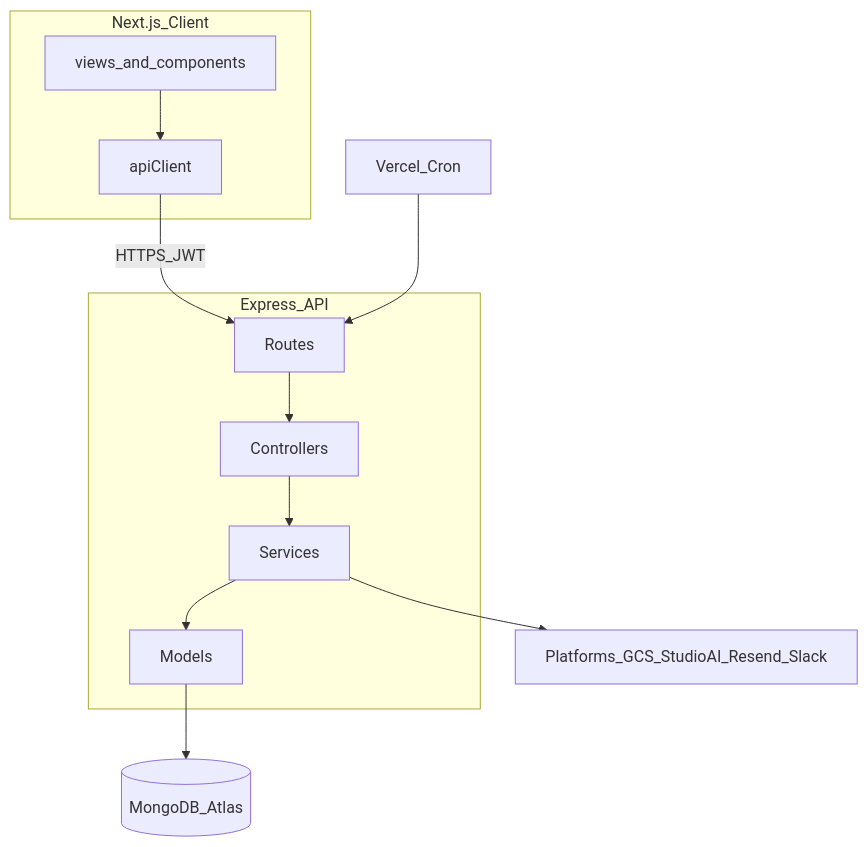
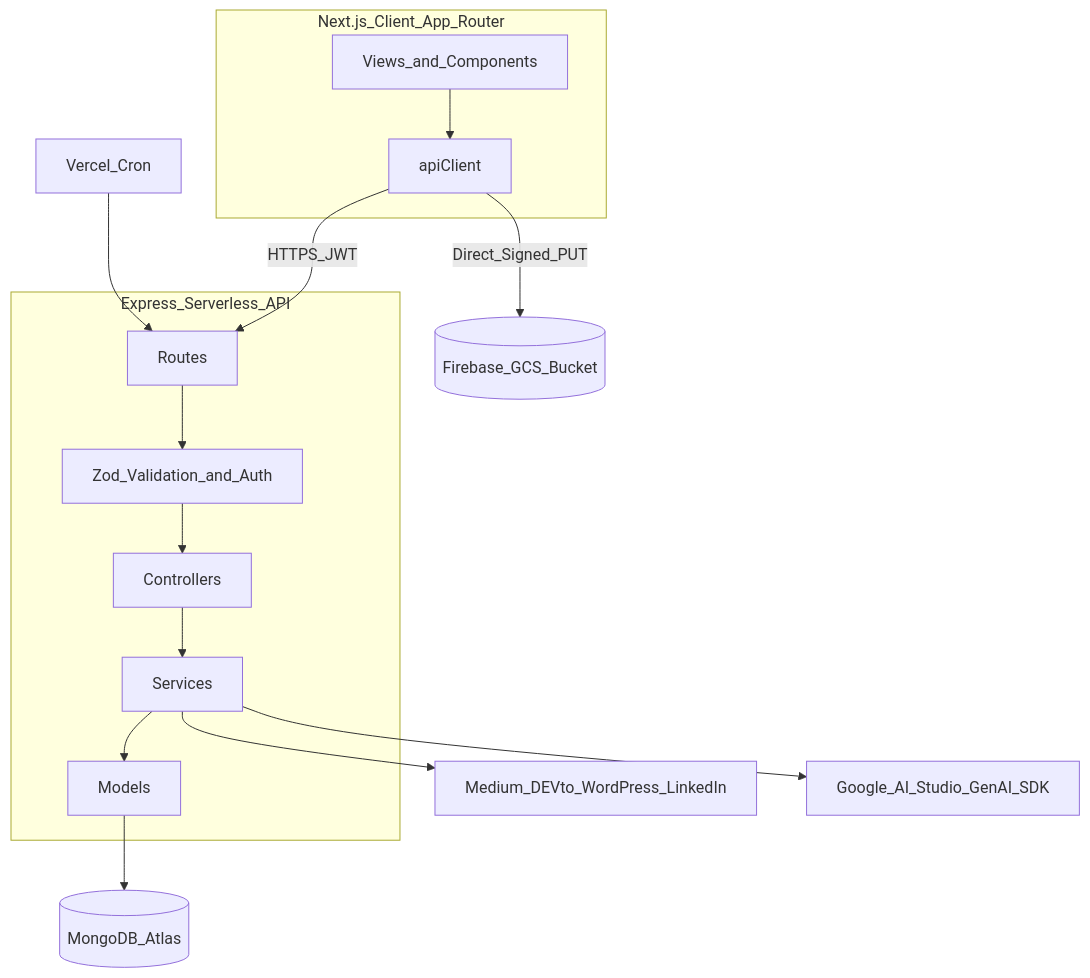
One commit to FarukhSaifi/SyncApp changed the diagram in docs/ARCHITECTURE.md. Above: the diagram before and after it, drawn with Mermaid. The commit also changed other lines of this file and 77 other files, not shown here.

````diff
--- a/docs/ARCHITECTURE.md
+++ b/docs/ARCHITECTURE.md
@@ -8,15 +9,18 @@
 ```mermaid
 flowchart TB
-  subgraph client [Next.js_Client]
-    Views[views_and_components]
+  subgraph client [Next.js_Client_App_Router]
+    Views[Views_and_Components]
     API[apiClient]
     Views --> API
   end
-  subgraph server [Express_API]
-    Routes --> Controllers --> Services --> Models
+  subgraph server [Express_Serverless_API]
+    Middleware[Zod_Validation_and_Auth]
+    Routes --> Middleware --> Controllers --> Services --> Models
   end
   API -->|HTTPS_JWT| Routes
+  API -->|Direct_Signed_PUT| GCS[(Firebase_GCS_Bucket)]
   Models --> MongoDB[(MongoDB_Atlas)]
-  Services --> External[Platforms_GCS_StudioAI_Resend_Slack]
+  Services --> External[Medium_DEVto_WordPress_LinkedIn]
+  Services --> AI[Google_AI_Studio_GenAI_SDK]
   Cron[Vercel_Cron] --> Routes
 ```
````
